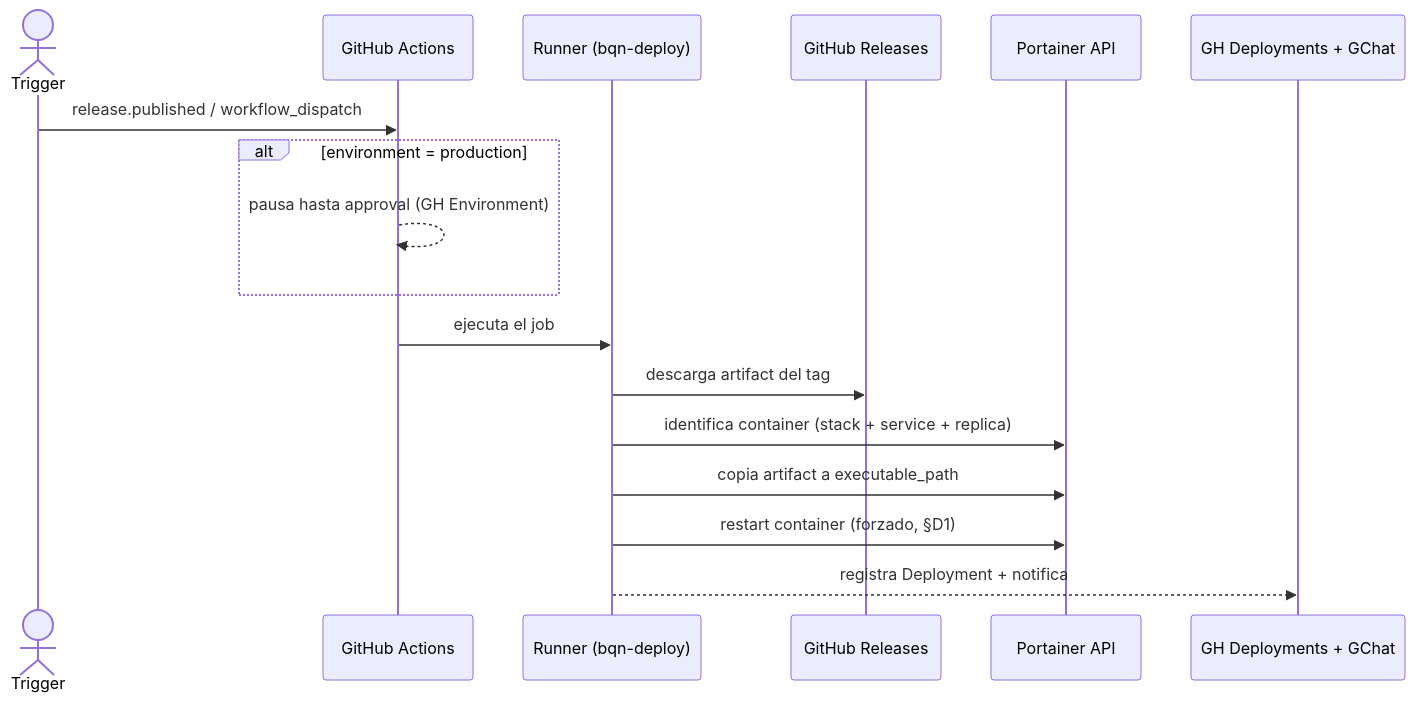
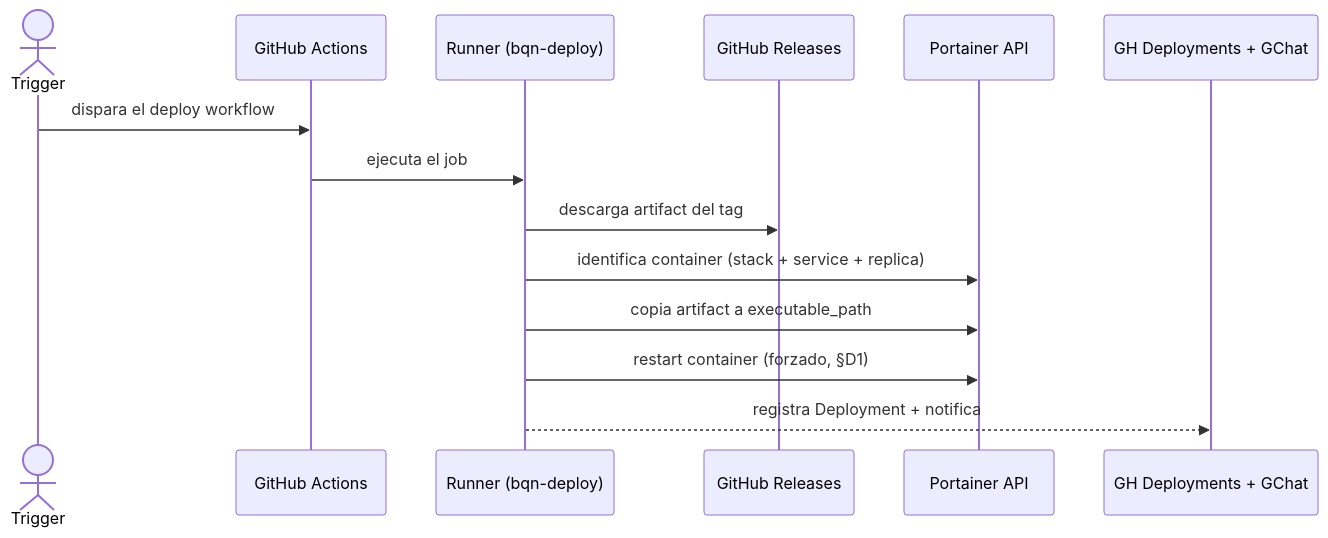
Before and after one commit to BQN-UY/CI-CD: the sixth of 6 diagrams in docs/v2-hito2-deploy-spec.md, drawn with Mermaid. The commit also changed other lines of this file, not shown here.

````diff
--- a/docs/v2-hito2-deploy-spec.md
+++ b/docs/v2-hito2-deploy-spec.md
@@ -387,20 +387,17 @@
 ```mermaid
 sequenceDiagram
     actor T as Trigger
     participant GH as GitHub Actions
     participant R as Runner (bqn-deploy)
     participant Rel as GitHub Releases
     participant P as Portainer API
     participant Side as GH Deployments + GChat
 
-    T->>GH: release.published / workflow_dispatch
-    alt environment = production
-        GH-->>GH: pausa hasta approval (GH Environment)
-    end
+    T->>GH: dispara el deploy workflow
     GH->>R: ejecuta el job
     R->>Rel: descarga artifact del tag
     R->>P: identifica container (stack + service + replica)
     R->>P: copia artifact a executable_path
     R->>P: restart container (forzado, §D1)
     R-->>Side: registra Deployment + notifica
 ```
````
